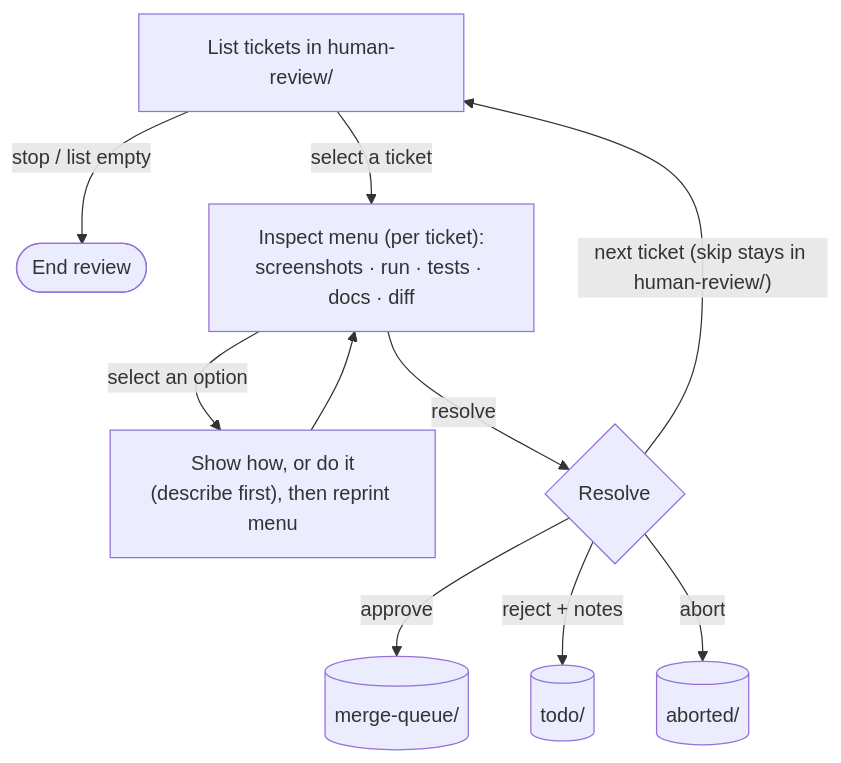
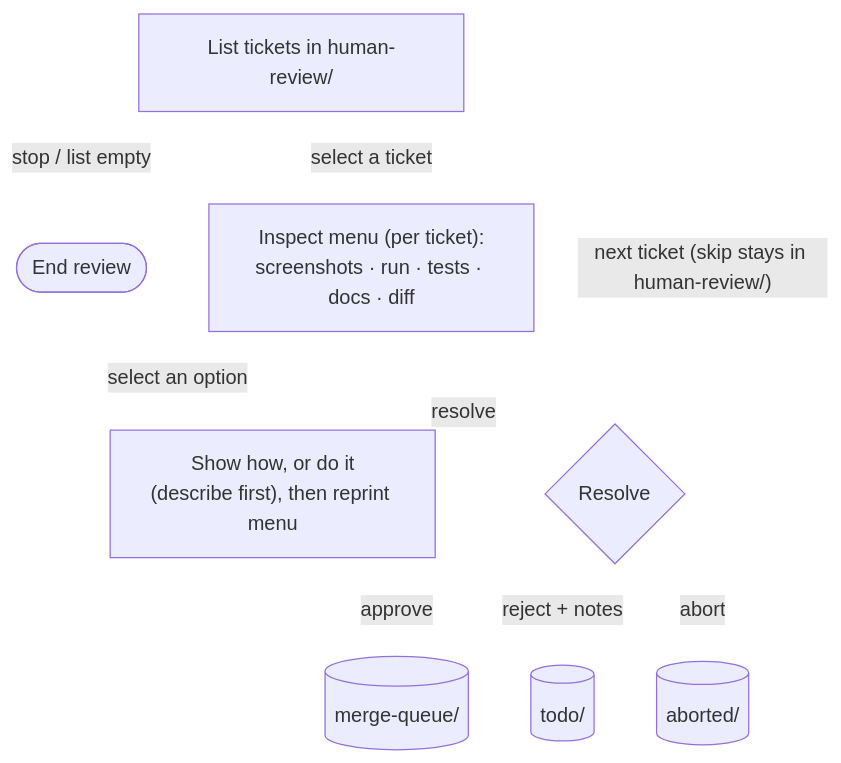
The third of 3 diagrams in handbook.md (ashleydavis/playbook), drawn with Mermaid before and after one commit. The commit also changed other lines of this file, not shown here.

First line of the commit message:
Made the handbook diagrams wider and easier to read in dark mode

````diff
--- a/handbook.md
+++ b/handbook.md
@@ -420,13 +428,15 @@
 ```mermaid
+%%{init: {'themeVariables': {'lineColor': '#ffffff'}}}%%
 flowchart TD
     LIST["List tickets in human-review/"]
     LIST -->|"stop / list empty"| END(["End review"])
     LIST -->|"select a ticket"| MENU["Inspect menu (per ticket):<br/>screenshots · run · tests · docs · diff"]
     MENU -->|"select an option"| DO["Show how, or do it<br/>(describe first), then reprint menu"]
     DO --> MENU
     MENU -->|"resolve"| RESOLVE{"Resolve"}
     RESOLVE -->|"approve"| MQ[("merge-queue/")]
     RESOLVE -->|"reject + notes"| TODO[("todo/")]
     RESOLVE -->|"abort"| ABORT[("aborted/")]
     RESOLVE -->|"next ticket (skip stays in human-review/)"| LIST
+    linkStyle default stroke:#ffffff,stroke-width:2px
 ```
````
